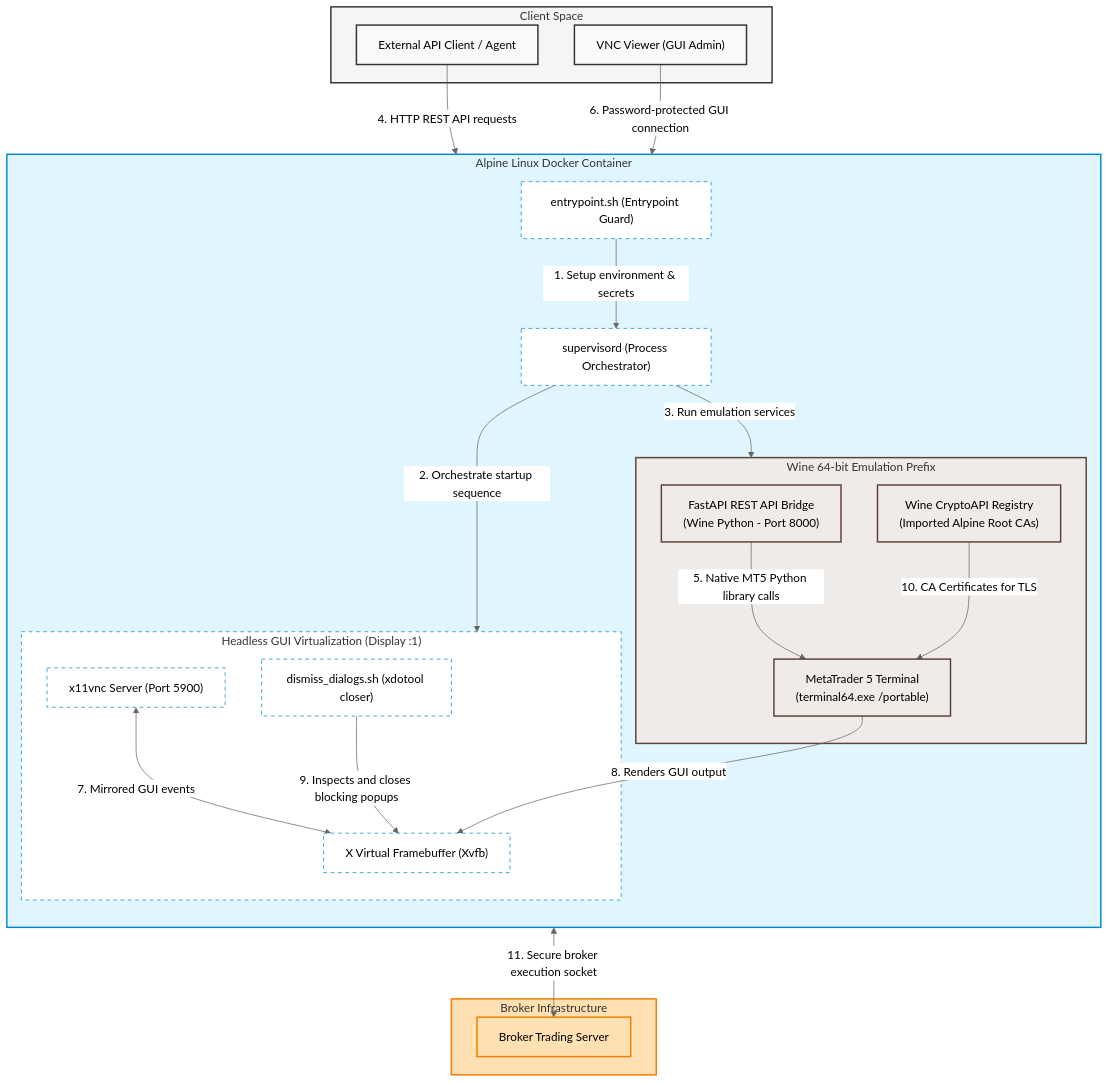
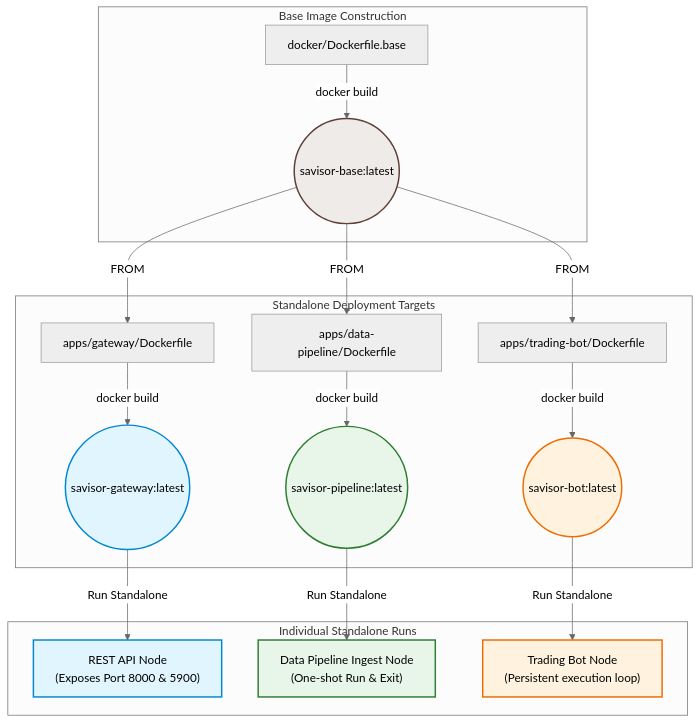
One commit to devffex/MetaBridge5 changed the diagram in README.md. Above: the diagram before and after it, drawn with Mermaid (neutral theme). The commit also changed other lines of this file and 38 other files, not shown here.

Commit message:
feat: restructure into monorepo with shared base image and standalone gateway/pipeline/bot targets

````diff
--- a/README.md
+++ b/README.md
@@ -7,64 +9,27 @@
 ```mermaid
 graph TD
-    %% Define Styles for Nodes
-    classDef client fill:#f9f9f9,stroke:#333,stroke-width:2px;
-    classDef internal fill:#fff,stroke:#0288d1,stroke-dasharray: 5 5;
-    classDef wine fill:#efebe9,stroke:#5d4037,stroke-width:2px;
-    classDef broker fill:#ffe0b2,stroke:#f57c00,stroke-width:2px;
-
-    subgraph Clients ["Client Space"]
-        Client["External API Client / Agent"]:::client
-        Admin["VNC Viewer (GUI Admin)"]:::client
+    classDef base fill:#efebe9,stroke:#5d4037,stroke-width:2px;
+    classDef gateway fill:#e1f5fe,stroke:#0288d1,stroke-width:2px;
+    classDef pipeline fill:#e8f5e9,stroke:#2e7d32,stroke-width:2px;
+    classDef bot fill:#fff3e0,stroke:#ef6c00,stroke-width:2px;
+    
+    subgraph Base ["Base Image Construction"]
+        DockerfileBase["docker/Dockerfile.base"] -->|docker build| BaseImage(("savisor-base:latest")):::base
     end
 
-    subgraph Docker ["Alpine Linux Docker Container"]
-        direction TB
+    subgraph Targets ["Standalone Deployment Targets"]
+        BaseImage -->|FROM| DockerfileAPI["apps/gateway/Dockerfile"]
+        BaseImage -->|FROM| DockerfilePipe["apps/data-pipeline/Dockerfile"]
+        BaseImage -->|FROM| DockerfileBot["apps/trading-bot/Dockerfile"]
         
-        entrypoint["entrypoint.sh (Entrypoint Guard)"]:::internal
-        supervisord["supervisord (Process Orchestrator)"]:::internal
-
-        subgraph DisplayVirtualization ["Headless GUI Virtualization (Display :1)"]
-            Xvfb["X Virtual Framebuffer (Xvfb)"]:::internal
-            x11vnc["x11vnc Server (Port 5900)"]:::internal
-            dismisser["dismiss_dialogs.sh (xdotool closer)"]:::internal
-        end
-
-        subgraph WineEnv ["Wine 64-bit Emulation Prefix"]
-            FastAPI["FastAPI REST API Bridge<br/>(Wine Python - Port 8000)"]:::wine
-            MT5["MetaTrader 5 Terminal<br/>(terminal64.exe /portable)"]:::wine
-            WineRegistry["Wine CryptoAPI Registry<br/>(Imported Alpine Root CAs)"]:::wine
-        end
+        DockerfileAPI -->|docker build| ImageAPI(("savisor-gateway:latest")):::gateway
+        DockerfilePipe -->|docker build| ImagePipe(("savisor-pipeline:latest")):::pipeline
+        DockerfileBot -->|docker build| ImageBot(("savisor-bot:latest")):::bot
     end
 
-    subgraph External ["Broker Infrastructure"]
-        Broker["Broker Trading Server"]:::broker
+    subgraph Runtime ["Individual Standalone Runs"]
+        ImageAPI -->|Run Standalone| ContainerAPI["REST API Node<br/>(Exposes Port 8000 & 5900)"]:::gateway
+        ImagePipe -->|Run Standalone| ContainerPipe["Data Pipeline Ingest Node<br/>(One-shot Run & Exit)"]:::pipeline
+        ImageBot -->|Run Standalone| ContainerBot["Trading Bot Node<br/>(Persistent execution loop)"]:::bot
     end
-
-    %% Apply Styles to Subgraphs
-    style Clients fill:#f5f5f5,stroke:#333,stroke-width:2px;
-    style Docker fill:#e1f5fe,stroke:#0288d1,stroke-width:2px;
-    style DisplayVirtualization fill:#ffffff,stroke:#0288d1,stroke-dasharray: 5 5;
-    style WineEnv fill:#efebe9,stroke:#5d4037,stroke-width:2px;
-    style External fill:#ffe0b2,stroke:#f57c00,stroke-width:2px;
-
-    %% Connections
-    entrypoint -->|1. Setup environment & secrets| supervisord
-    supervisord -->|2. Orchestrate startup sequence| DisplayVirtualization
-    supervisord -->|3. Run emulation services| WineEnv
-    
-    %% API Traffic
-    Client -->|4. HTTP REST API requests| FastAPI
-    FastAPI -->|5. Native MT5 Python library calls| MT5
-
-    %% VNC Traffic
-    Admin -->|6. Password-protected GUI connection| x11vnc
-    x11vnc <-->|7. Mirrored GUI events| Xvfb
-    
-    %% Internal Interactions
-    MT5 -->|8. Renders GUI output| Xvfb
-    dismisser -->|9. Inspects and closes blocking popups| Xvfb
-    
-    %% Broker Traffic
-    WineRegistry -->|10. CA Certificates for TLS| MT5
-    MT5 <-->|11. Secure broker execution socket| Broker
 ```
````
